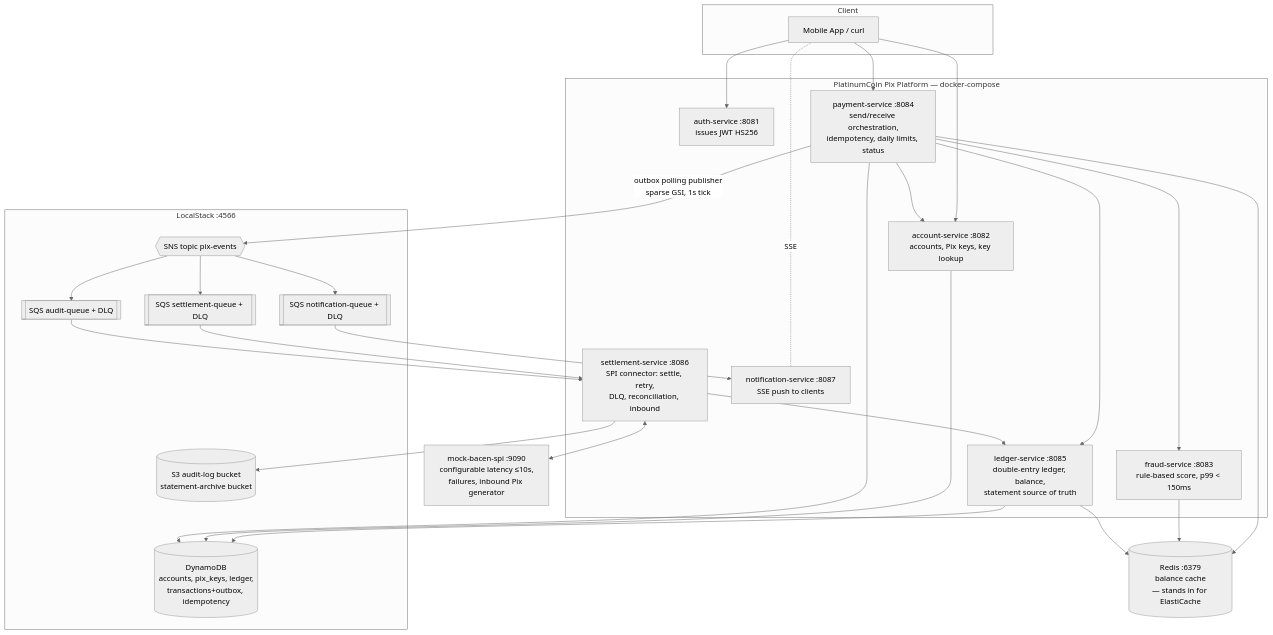
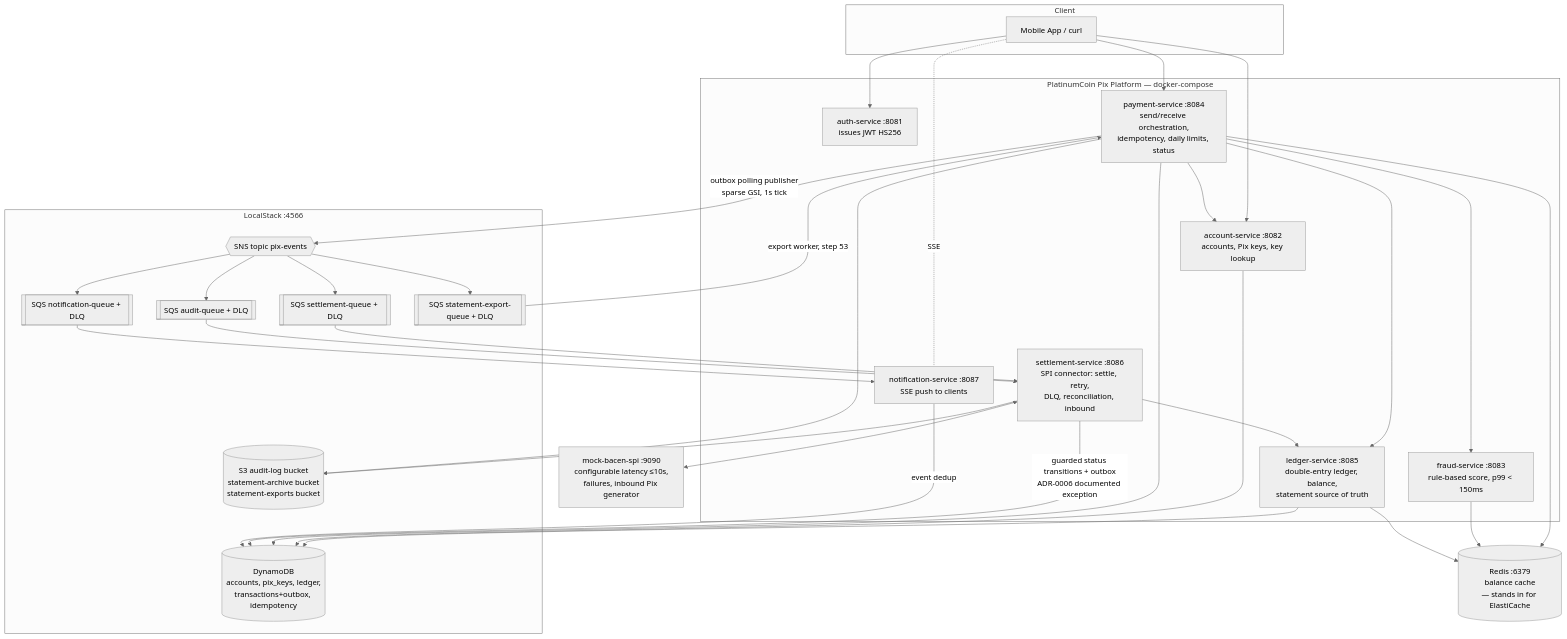
Before and after one commit to filiperibolli/platinumcoin-pix: the second of 16 diagrams in ARCHITECTURE.md, drawn with Mermaid (neutral theme). The commit also changed other lines of this file and 5 other files, not shown here.

````diff
--- a/ARCHITECTURE.md
+++ b/ARCHITECTURE.md
@@ -69,53 +89,59 @@
 ```mermaid
 graph TB
     subgraph Client
         APP[Mobile App / curl]
     end
 
     subgraph Platform["PlatinumCoin Pix Platform — docker-compose"]
         AUTH[auth-service :8081<br/>issues JWT HS256]
         ACC[account-service :8082<br/>accounts, Pix keys, key lookup]
         FRAUD[fraud-service :8083<br/>rule-based score, p99 &lt; 150ms]
         PAY[payment-service :8084<br/>send/receive orchestration,<br/>idempotency, daily limits, status]
         LED[ledger-service :8085<br/>double-entry ledger, balance,<br/>statement source of truth]
         SET[settlement-service :8086<br/>SPI connector: settle, retry,<br/>DLQ, reconciliation, inbound]
         NOT[notification-service :8087<br/>SSE push to clients]
     end
 
     subgraph AWS["LocalStack :4566"]
         DDB[(DynamoDB<br/>accounts, pix_keys, ledger,<br/>transactions+outbox, idempotency)]
         SNS{{SNS topic pix-events}}
         SQ1[[SQS settlement-queue + DLQ]]
         SQ2[[SQS notification-queue + DLQ]]
         SQ3[[SQS audit-queue + DLQ]]
-        S3[(S3 audit-log bucket<br/>statement-archive bucket)]
+        SQ4[[SQS statement-export-queue + DLQ]]
+        S3[(S3 audit-log bucket<br/>statement-archive bucket<br/>statement-exports bucket)]
     end
 
     REDIS[(Redis :6379<br/>balance cache<br/>— stands in for ElastiCache)]
     BACEN[mock-bacen-spi :9090<br/>configurable latency ≤10s,<br/>failures, inbound Pix generator]
 
     APP --> AUTH
     APP --> ACC
     APP --> PAY
     APP -.SSE.- NOT
 
     PAY --> ACC
     PAY --> FRAUD
     PAY --> LED
     PAY --> REDIS
     FRAUD --> REDIS
     LED --> REDIS
     LED --> DDB
     ACC --> DDB
     PAY --> DDB
     PAY -->|outbox polling publisher<br/>sparse GSI, 1s tick| SNS
     SNS --> SQ1
     SNS --> SQ2
     SNS --> SQ3
+    SNS --> SQ4
     SQ1 --> SET
     SQ2 --> NOT
     SQ3 --> SET
+    SQ4 -->|export worker, step 53| PAY
+    SET -->|guarded status transitions + outbox<br/>ADR-0006 documented exception| DDB
+    NOT -->|event dedup| DDB
     SET <--> BACEN
     SET --> LED
     SET --> S3
+    PAY --> S3
 ```
````
